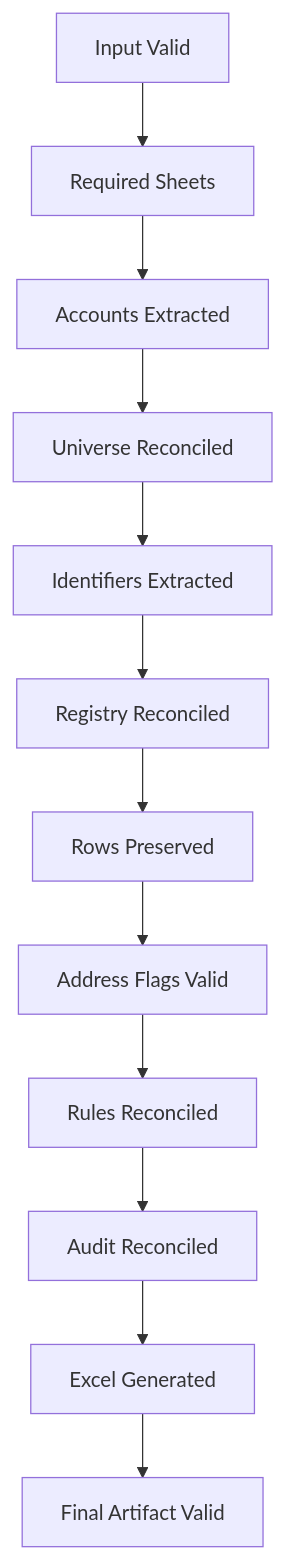
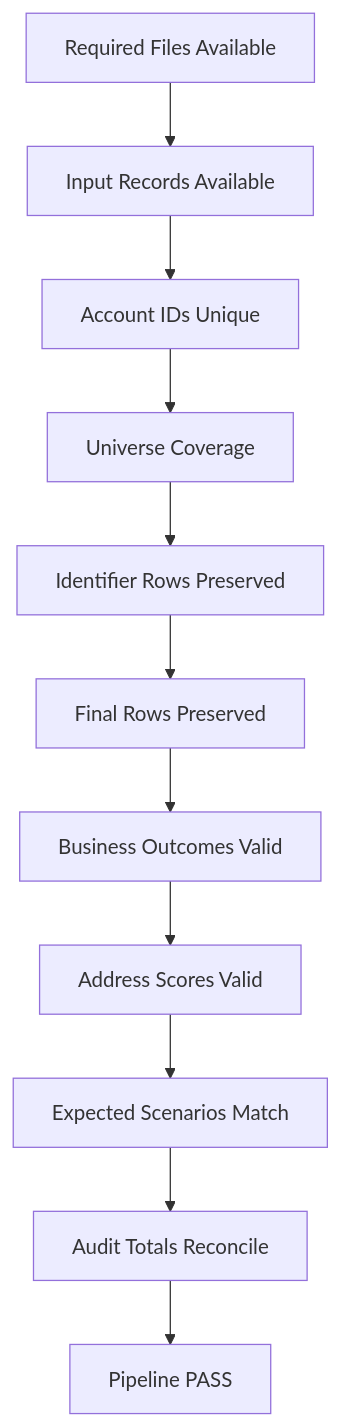
One commit to cjr3195/databricks-data-reconciliation-pipeline changed the seventh of 11 diagrams in README.md. Above: the diagram before and after it, drawn with Mermaid. The commit also changed other lines of this file, not shown here.

````diff
--- a/README.md
+++ b/README.md
@@ -173,14 +300,16 @@
 ```mermaid
 flowchart TD
-    A["Input Valid"] --> B["Required Sheets"]
-    B --> C["Accounts Extracted"]
-    C --> D["Universe Reconciled"]
-    D --> E["Identifiers Extracted"]
-    E --> F["Registry Reconciled"]
-    F --> G["Rows Preserved"]
-    G --> H["Address Flags Valid"]
-    H --> I["Rules Reconciled"]
-    I --> J["Audit Reconciled"]
-    J --> K["Excel Generated"]
-    K --> L["Final Artifact Valid"]
+    Q1["Required Files Available"]
+    --> Q2["Input Records Available"]
+
+    Q2 --> Q3["Account IDs Unique"]
+    Q3 --> Q4["Universe Coverage"]
+    Q4 --> Q5["Identifier Rows Preserved"]
+    Q5 --> Q6["Final Rows Preserved"]
+    Q6 --> Q7["Business Outcomes Valid"]
+    Q7 --> Q8["Address Scores Valid"]
+    Q8 --> Q9["Expected Scenarios Match"]
+    Q9 --> Q10["Audit Totals Reconcile"]
+
+    Q10 --> PASS["Pipeline PASS"]
 ```
````
